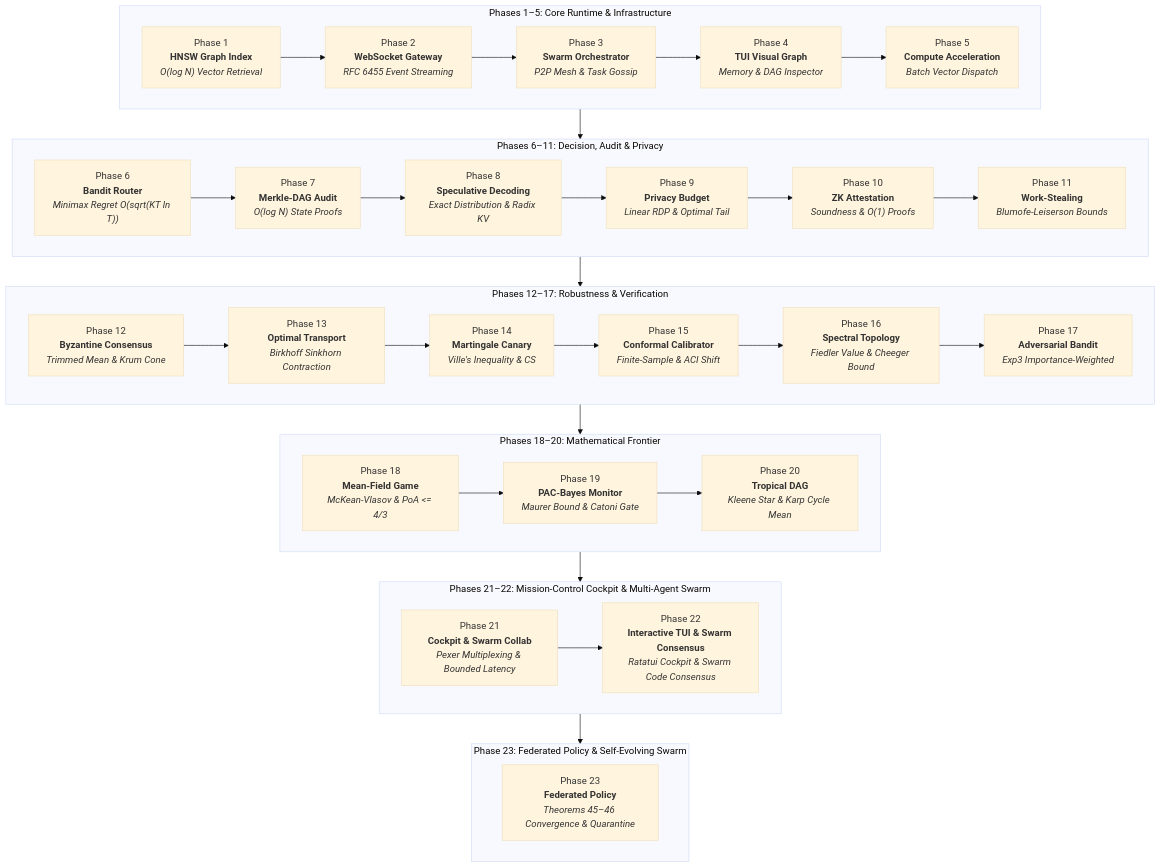
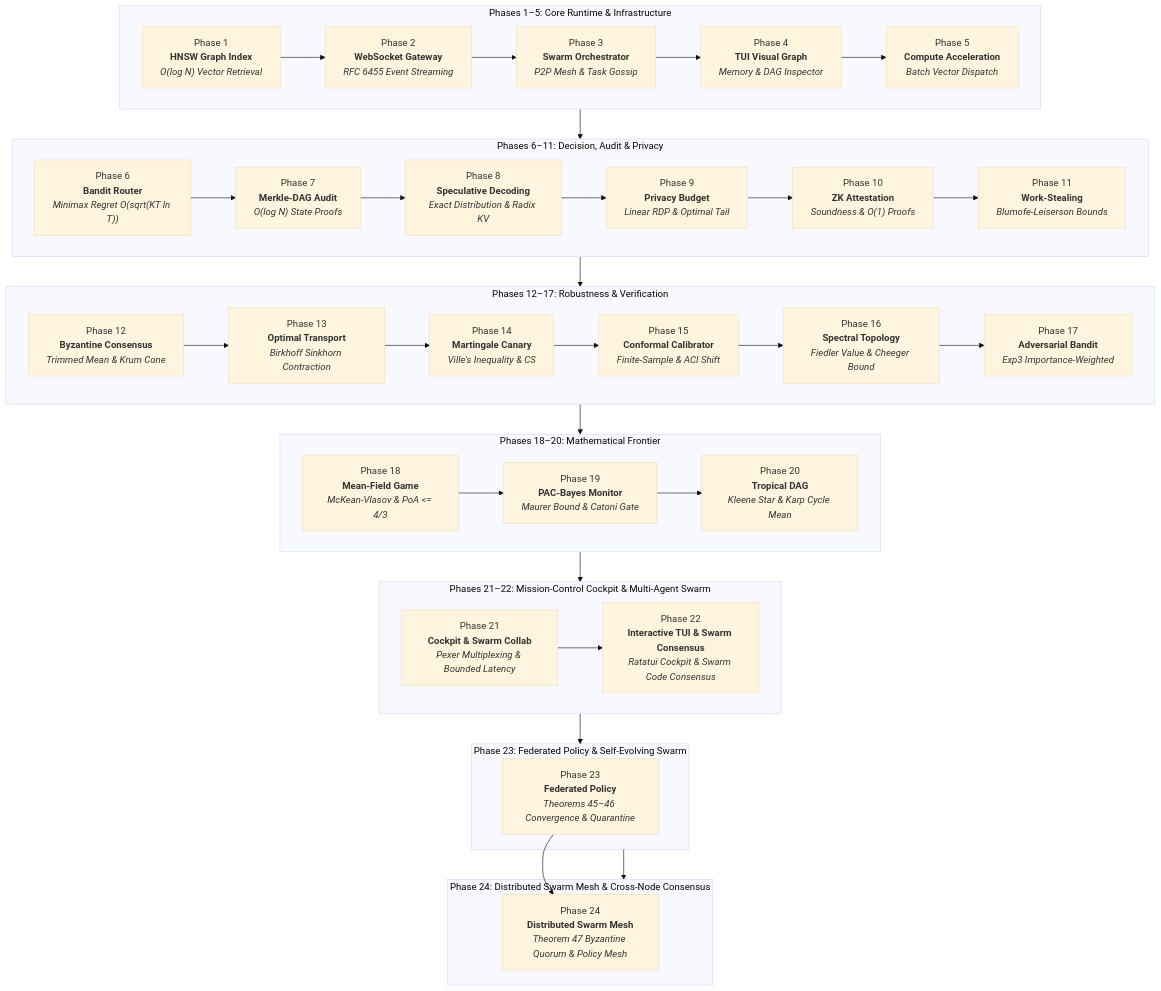
The diagram in docs/math/phased_roadmap_mathematics.md (anisayakmitra-in/AGENT-PANDORA), drawn with Mermaid (base theme) before and after one commit. The commit also changed other lines of this file and 19 other files, not shown here.

First line of the commit message:
feat: complete Phase 24 distributed swarm mesh, canary worktrees, PWA console, and rusqlite 0.41 upgrade

````diff
--- a/docs/math/phased_roadmap_mathematics.md
+++ b/docs/math/phased_roadmap_mathematics.md
@@ -13,50 +13,55 @@
 ```mermaid
 flowchart TD
     subgraph Foundation["Phases 1–5: Core Runtime & Infrastructure"]
         P1["Phase 1<br/><b>HNSW Graph Index</b><br/><i>O(log N) Vector Retrieval</i>"]
         P2["Phase 2<br/><b>WebSocket Gateway</b><br/><i>RFC 6455 Event Streaming</i>"]
         P3["Phase 3<br/><b>Swarm Orchestrator</b><br/><i>P2P Mesh & Task Gossip</i>"]
         P4["Phase 4<br/><b>TUI Visual Graph</b><br/><i>Memory & DAG Inspector</i>"]
         P5["Phase 5<br/><b>Compute Acceleration</b><br/><i>Batch Vector Dispatch</i>"]
         P1 --> P2 --> P3 --> P4 --> P5
     end
 
     subgraph Intelligence["Phases 6–11: Decision, Audit & Privacy"]
         P6["Phase 6<br/><b>Bandit Router</b><br/><i>Minimax Regret O(sqrt(KT ln T))</i>"]
         P7["Phase 7<br/><b>Merkle-DAG Audit</b><br/><i>O(log N) State Proofs</i>"]
         P8["Phase 8<br/><b>Speculative Decoding</b><br/><i>Exact Distribution & Radix KV</i>"]
         P9["Phase 9<br/><b>Privacy Budget</b><br/><i>Linear RDP & Optimal Tail</i>"]
         P10["Phase 10<br/><b>ZK Attestation</b><br/><i>Soundness & O(1) Proofs</i>"]
         P11["Phase 11<br/><b>Work-Stealing</b><br/><i>Blumofe-Leiserson Bounds</i>"]
         P6 --> P7 --> P8 --> P9 --> P10 --> P11
     end
 
     subgraph Assurance["Phases 12–17: Robustness & Verification"]
         P12["Phase 12<br/><b>Byzantine Consensus</b><br/><i>Trimmed Mean & Krum Cone</i>"]
         P13["Phase 13<br/><b>Optimal Transport</b><br/><i>Birkhoff Sinkhorn Contraction</i>"]
         P14["Phase 14<br/><b>Martingale Canary</b><br/><i>Ville's Inequality & CS</i>"]
         P15["Phase 15<br/><b>Conformal Calibrator</b><br/><i>Finite-Sample & ACI Shift</i>"]
         P16["Phase 16<br/><b>Spectral Topology</b><br/><i>Fiedler Value & Cheeger Bound</i>"]
         P17["Phase 17<br/><b>Adversarial Bandit</b><br/><i>Exp3 Importance-Weighted</i>"]
         P12 --> P13 --> P14 --> P15 --> P16 --> P17
     end
 
     subgraph Frontier["Phases 18–20: Mathematical Frontier"]
         P18["Phase 18<br/><b>Mean-Field Game</b><br/><i>McKean-Vlasov & PoA <= 4/3</i>"]
         P19["Phase 19<br/><b>PAC-Bayes Monitor</b><br/><i>Maurer Bound & Catoni Gate</i>"]
         P20["Phase 20<br/><b>Tropical DAG</b><br/><i>Kleene Star & Karp Cycle Mean</i>"]
         P18 --> P19 --> P20
     end
 
     subgraph CockpitSwarm["Phases 21–22: Mission-Control Cockpit & Multi-Agent Swarm"]
         P21["Phase 21<br/><b>Cockpit & Swarm Collab</b><br/><i>Pexer Multiplexing & Bounded Latency</i>"]
         P22["Phase 22<br/><b>Interactive TUI & Swarm Consensus</b><br/><i>Ratatui Cockpit & Swarm Code Consensus</i>"]
         P21 --> P22
     end
 
     subgraph Evolution["Phase 23: Federated Policy & Self-Evolving Swarm"]
         P23["Phase 23<br/><b>Federated Policy</b><br/><i>Theorems 45–46 Convergence & Quarantine</i>"]
     end
 
-    Foundation --> Intelligence --> Assurance --> Frontier --> CockpitSwarm --> Evolution
+    subgraph DistributedMesh["Phase 24: Distributed Swarm Mesh & Cross-Node Consensus"]
+        P24["Phase 24<br/><b>Distributed Swarm Mesh</b><br/><i>Theorem 47 Byzantine Quorum & Policy Mesh</i>"]
+    end
+
+    P23 --> P24
+    Foundation --> Intelligence --> Assurance --> Frontier --> CockpitSwarm --> Evolution --> DistributedMesh
 ```
````
